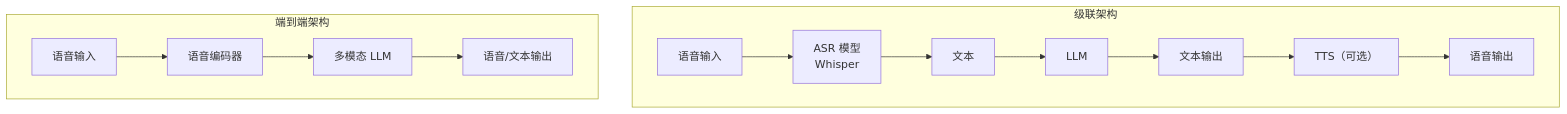
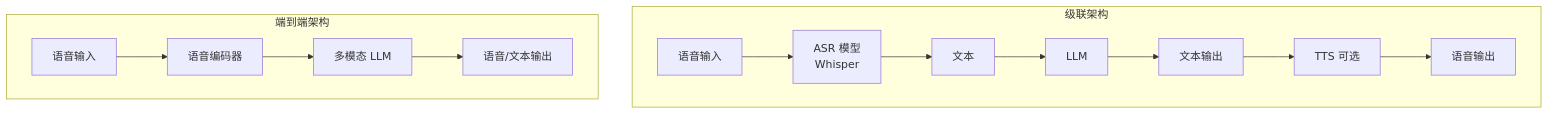
One commit to jpixy/jpixy.github.io changed the sixth of 17 diagrams in content/articles/ai-infra/infra-11-多模态LLM推理优化.md. Above: the diagram before and after it, drawn with Mermaid. The commit also changed other lines of this file and 66 other files, not shown here.

Commit message:
fix: resolve Mermaid syntax errors by removing parentheses in node labels

````diff
--- a/content/articles/ai-infra/infra-11-多模态LLM推理优化.md
+++ b/content/articles/ai-infra/infra-11-多模态LLM推理优化.md
@@ -186,23 +186,23 @@
 ```mermaid
 graph TB
     subgraph "级联架构"
         A["语音输入"]
         B["ASR 模型<br/>Whisper"]
         C["文本"]
         D["LLM"]
         E["文本输出"]
-        F["TTS（可选）"]
+        F["TTS 可选"]
         G["语音输出"]
         
         A --> B --> C --> D --> E --> F --> G
     end
     
     subgraph "端到端架构"
         H["语音输入"]
         I["语音编码器"]
         J["多模态 LLM"]
         K["语音/文本输出"]
         
         H --> I --> J --> K
     end
 ```
````
